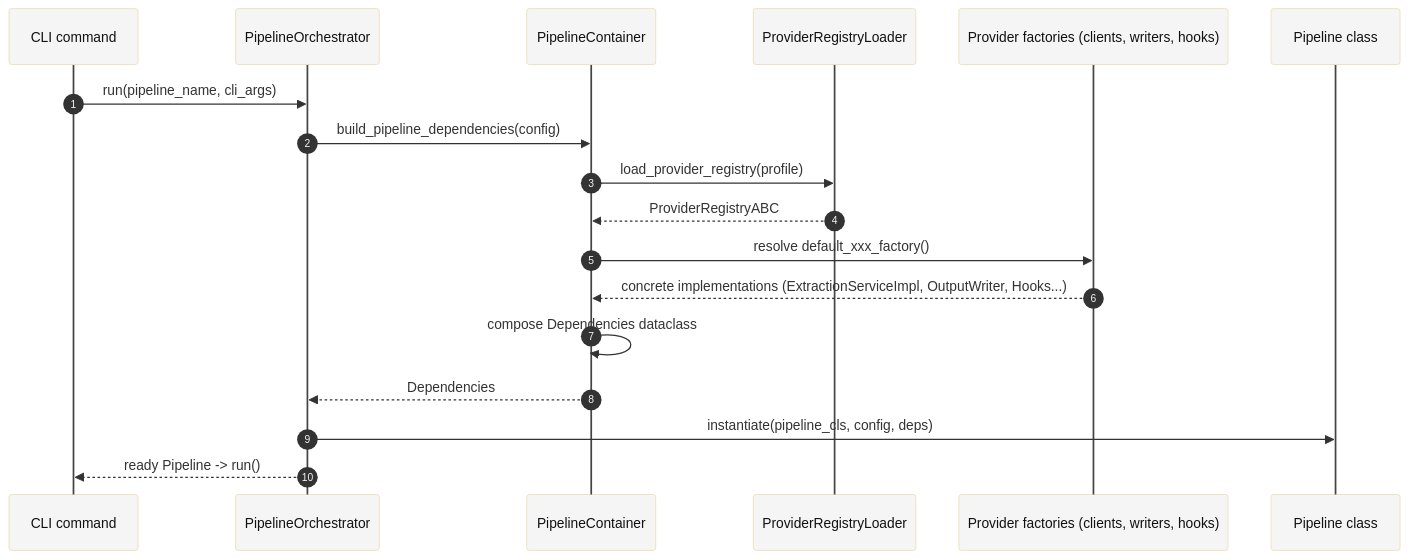
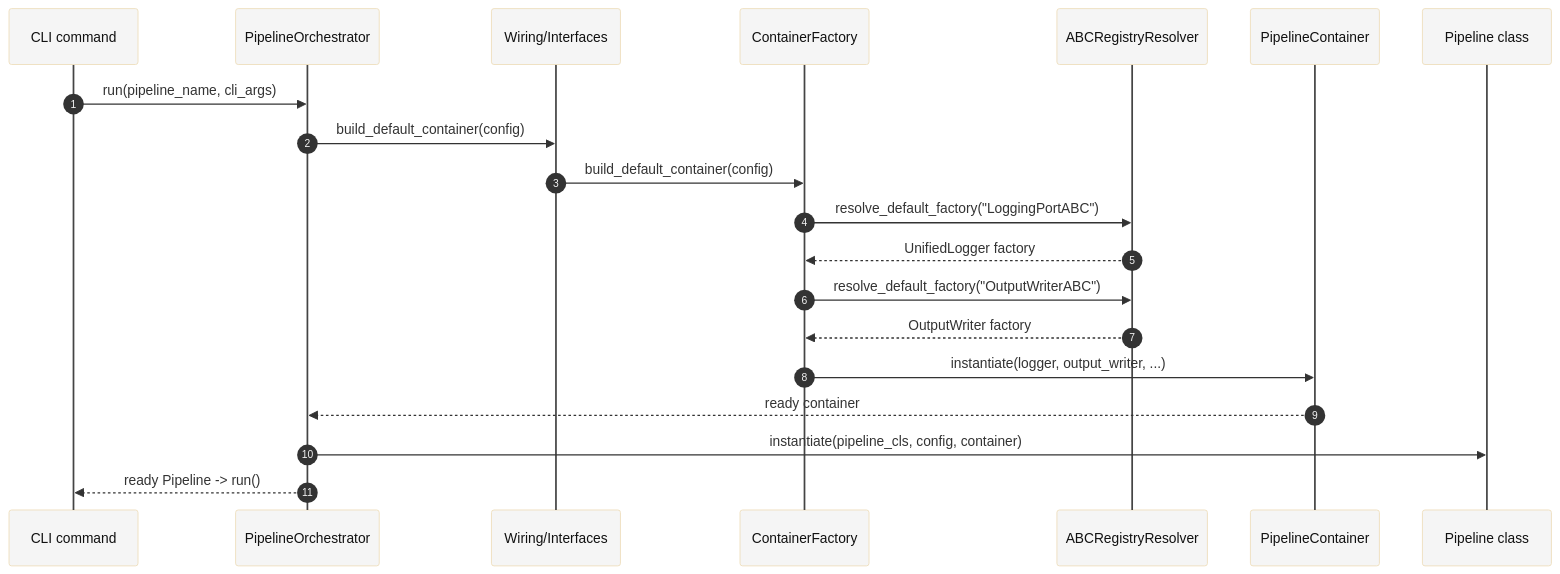
Before and after one commit to SatoryKono/BioactivityDataAcquisition: the diagram in docs/architecture/diagrams/sequence/manual-di-assembly-sequence.mmd, drawn with Mermaid. The commit also changed 8 other files, not shown here.

```diff
--- a/docs/architecture/diagrams/sequence/manual-di-assembly-sequence.mmd
+++ b/docs/architecture/diagrams/sequence/manual-di-assembly-sequence.mmd
@@ -1,30 +1,32 @@
 %%{init: {
   "theme": "base",
   "themeVariables": {
     "actorLineColor": "#444",
     "actorTextColor": "#111",
     "actorBkg": "#f5f5f5",
     "actorFontSize": "18px",
     "activationBkgColor": "#e3e7ec",
     "activationBorderColor": "#444"
   }
 }}%%
 sequenceDiagram
     autonumber
     participant CLI as CLI command
     participant Orchestrator as PipelineOrchestrator
+    participant Wiring as Wiring/Interfaces
+    participant Factory as ContainerFactory
+    participant Registry as ABCRegistryResolver
     participant Container as PipelineContainer
-    participant Registry as ProviderRegistryLoader
-    participant Factories as Provider factories (clients, writers, hooks)
     participant Pipeline as Pipeline class
 
     CLI->>Orchestrator: run(pipeline_name, cli_args)
-    Orchestrator->>Container: build_pipeline_dependencies(config)
-    Container->>Registry: load_provider_registry(profile)
-    Registry-->>Container: ProviderRegistryABC
-    Container->>Factories: resolve default_xxx_factory()
-    Factories-->>Container: concrete implementations (ExtractionServiceImpl, OutputWriter, Hooks...)
-    Container->>Container: compose Dependencies dataclass
-    Container-->>Orchestrator: Dependencies
-    Orchestrator->>Pipeline: instantiate(pipeline_cls, config, deps)
+    Orchestrator->>Wiring: build_default_container(config)
+    Wiring->>Factory: build_default_container(config)
+    Factory->>Registry: resolve_default_factory("LoggingPortABC")
+    Registry-->>Factory: UnifiedLogger factory
+    Factory->>Registry: resolve_default_factory("OutputWriterABC")
+    Registry-->>Factory: OutputWriter factory
+    Factory->>Container: instantiate(logger, output_writer, ...)
+    Container-->>Orchestrator: ready container
+    Orchestrator->>Pipeline: instantiate(pipeline_cls, config, container)
     Orchestrator-->>CLI: ready Pipeline -> run()
```
